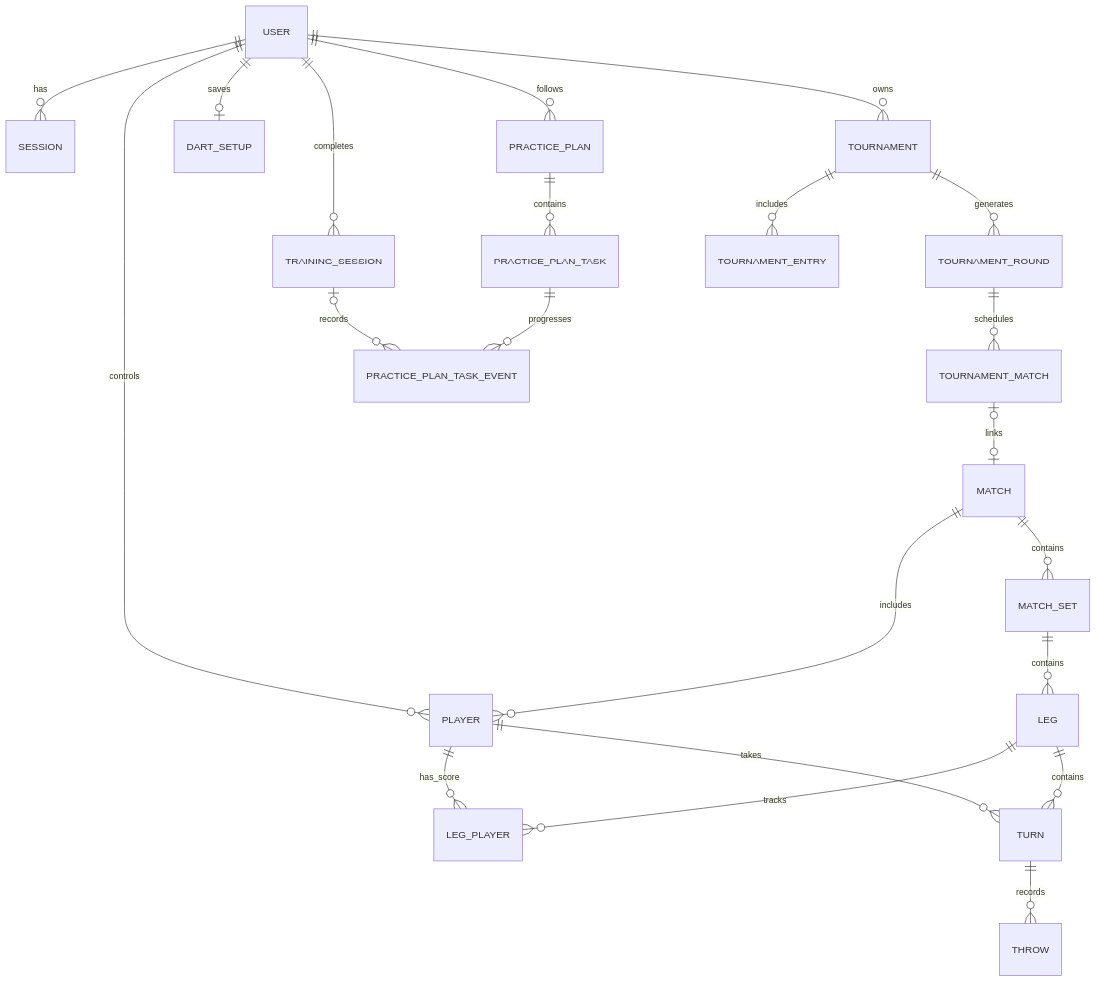
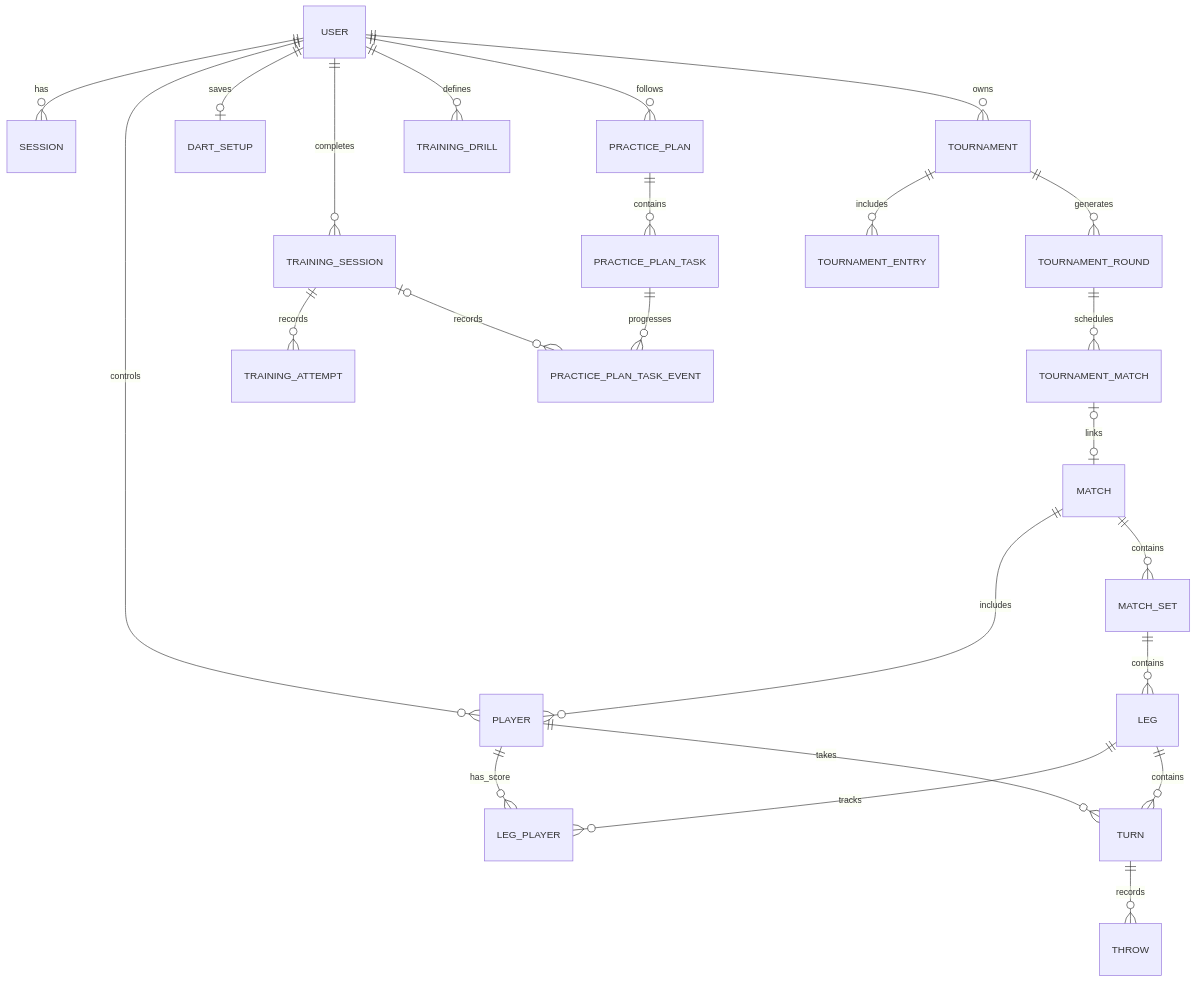
The diagram in README.md (BartekS11/dartZ), drawn with Mermaid before and after one commit. The commit also changed other lines of this file and 94 other files, not shown here.

````diff
--- a/README.md
+++ b/README.md
@@ -169,27 +185,29 @@
 ```mermaid
 erDiagram
     USER ||--o{ SESSION : has
     USER ||--o{ PLAYER : controls
     USER ||--o| DART_SETUP : saves
     USER ||--o{ TRAINING_SESSION : completes
+    USER ||--o{ TRAINING_DRILL : defines
+    TRAINING_SESSION ||--o{ TRAINING_ATTEMPT : records
     USER ||--o{ PRACTICE_PLAN : follows
     USER ||--o{ TOURNAMENT : owns
 
     MATCH ||--o{ PLAYER : includes
     MATCH ||--o{ MATCH_SET : contains
     MATCH_SET ||--o{ LEG : contains
     LEG ||--o{ LEG_PLAYER : tracks
     PLAYER ||--o{ LEG_PLAYER : has_score
     LEG ||--o{ TURN : contains
     PLAYER ||--o{ TURN : takes
     TURN ||--o{ THROW : records
 
     TOURNAMENT ||--o{ TOURNAMENT_ENTRY : includes
     TOURNAMENT ||--o{ TOURNAMENT_ROUND : generates
     TOURNAMENT_ROUND ||--o{ TOURNAMENT_MATCH : schedules
     TOURNAMENT_MATCH o|--o| MATCH : links
 
     PRACTICE_PLAN ||--o{ PRACTICE_PLAN_TASK : contains
     PRACTICE_PLAN_TASK ||--o{ PRACTICE_PLAN_TASK_EVENT : progresses
     TRAINING_SESSION o|--o{ PRACTICE_PLAN_TASK_EVENT : records
 ```
````
